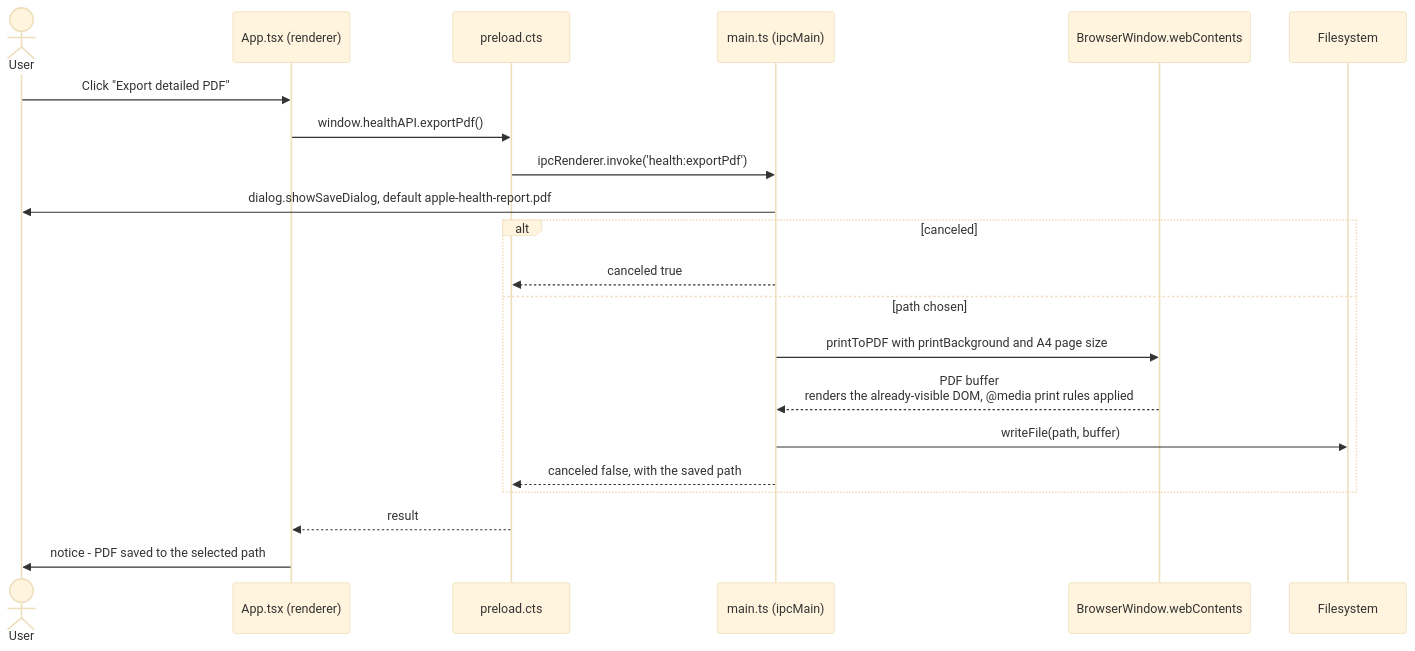
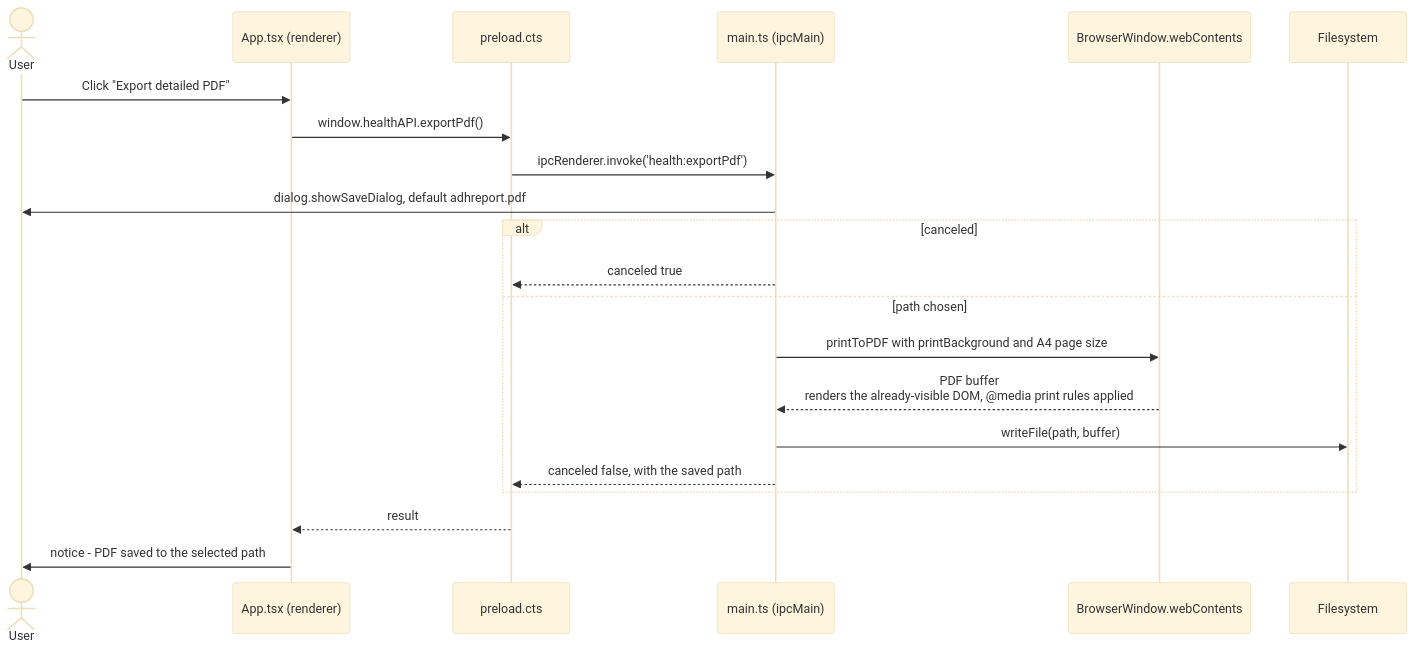
One commit to kiforsbe/ahdreport changed the fifth of 6 diagrams in docs/ARCHITECTURE.md. Above: the diagram before and after it, drawn with Mermaid (base theme). The commit also changed other lines of this file and 14 other files, not shown here.

````diff
--- a/docs/ARCHITECTURE.md
+++ b/docs/ARCHITECTURE.md
@@ -256,24 +256,24 @@
 ```mermaid
 sequenceDiagram
     actor User
     participant UI as App.tsx (renderer)
     participant Bridge as preload.cts
     participant Main as main.ts (ipcMain)
     participant Win as BrowserWindow.webContents
     participant FS as Filesystem
 
     User->>UI: Click "Export detailed PDF"
     UI->>Bridge: window.healthAPI.exportPdf()
     Bridge->>Main: ipcRenderer.invoke('health:exportPdf')
-    Main->>User: dialog.showSaveDialog, default apple-health-report.pdf
+    Main->>User: dialog.showSaveDialog, default adhreport.pdf
     alt canceled
         Main-->>Bridge: canceled true
     else path chosen
         Main->>Win: printToPDF with printBackground and A4 page size
         Win-->>Main: PDF buffer<br/>renders the already-visible DOM, @media print rules applied
         Main->>FS: writeFile(path, buffer)
         Main-->>Bridge: canceled false, with the saved path
     end
     Bridge-->>UI: result
     UI->>User: notice - PDF saved to the selected path
 ```
````
